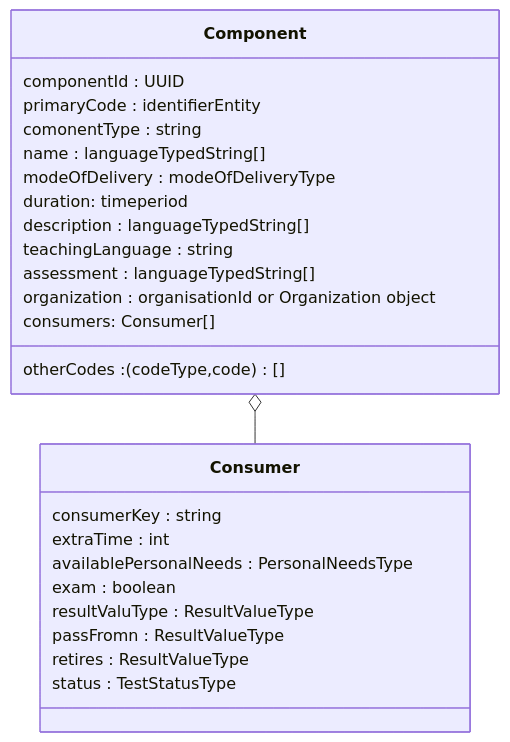
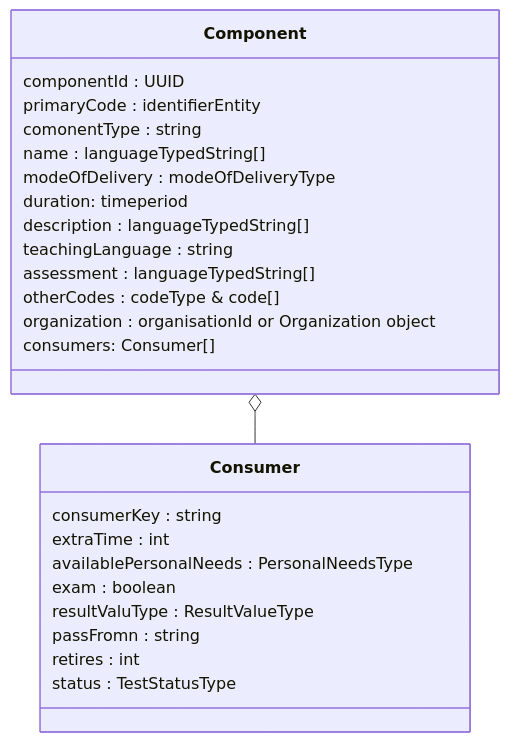
One commit to NetwerkExamineringDigitalisering/NED-OOAPI changed the second of 3 diagrams in doc/flow0.md. Above: the diagram before and after it, drawn with Mermaid.

Commit message:
Update flow0.md
Corrected

````diff
--- a/doc/flow0.md
+++ b/doc/flow0.md
@@ -18,28 +18,28 @@
 ```mermaid
 classDiagram
     class Component {
     	componentId : UUID
 	primaryCode : identifierEntity
 	comonentType : string
 	name : languageTypedString[]
 	modeOfDelivery : modeOfDeliveryType
     duration: timeperiod
 	description : languageTypedString[]
 	teachingLanguage : string
 	assessment : languageTypedString[]
-	otherCodes : (codeType,code)[]
+	otherCodes : codeType & code[]
 	organization : organisationId or Organization object
     consumers: Consumer[]
     }
     class Consumer {
     	consumerKey : string
 	extraTime : int
 	availablePersonalNeeds : PersonalNeedsType
 	exam : boolean
 	resultValuType : ResultValueType
-	passFromn : ResultValueType
-	retires : ResultValueType
+	passFromn : string
+	retires : int
 	status : TestStatusType
     }
     Component o-- Consumer
 ```
````
